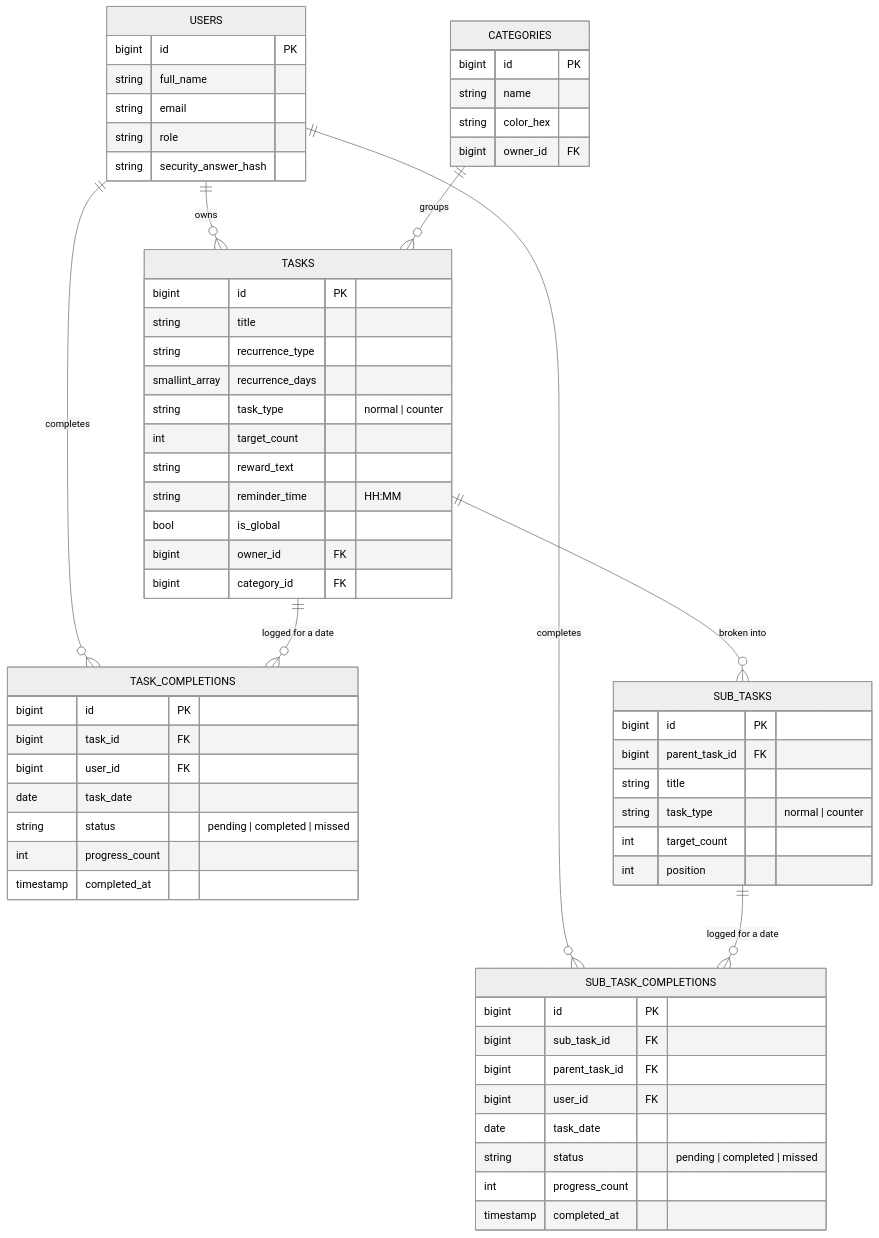
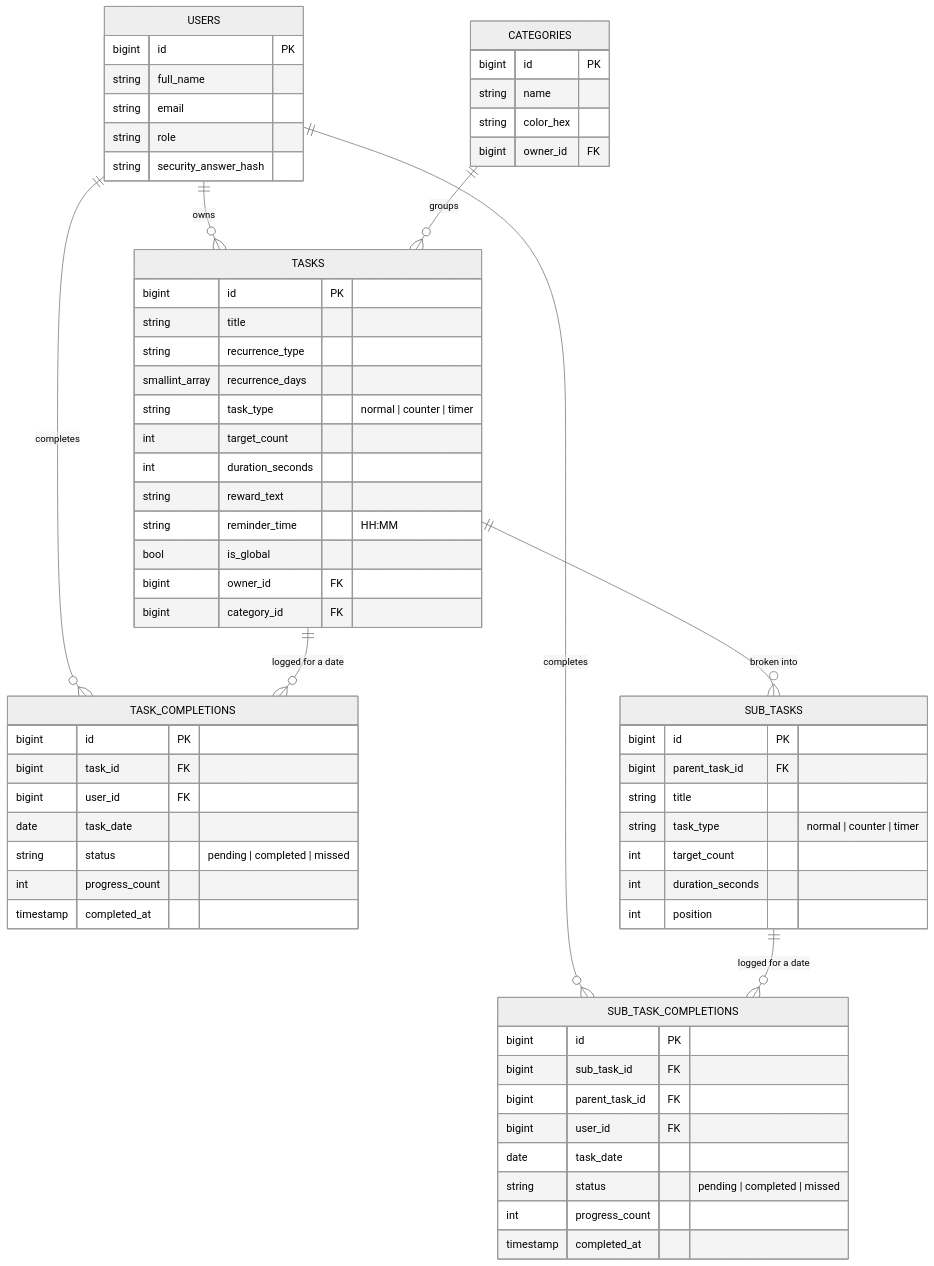
One commit to Farhan0140/_Soul_Shield changed the second of 2 diagrams in README.md. Above: the diagram before and after it, drawn with Mermaid (neutral theme). The commit also changed other lines of this file and 9 other files, not shown here.

Commit message:
feat(timer): enhance task tracking with timer tasks and manual completion feature

````diff
--- a/README.md
+++ b/README.md
@@ -157,64 +160,66 @@
 ```mermaid
 erDiagram
     USERS ||--o{ TASKS : owns
     USERS ||--o{ TASK_COMPLETIONS : completes
     USERS ||--o{ SUB_TASK_COMPLETIONS : completes
     CATEGORIES ||--o{ TASKS : groups
     TASKS ||--o{ TASK_COMPLETIONS : "logged for a date"
     TASKS ||--o{ SUB_TASKS : "broken into"
     SUB_TASKS ||--o{ SUB_TASK_COMPLETIONS : "logged for a date"
 
     USERS {
         bigint id PK
         string full_name
         string email
         string role
         string security_answer_hash
     }
     CATEGORIES {
         bigint id PK
         string name
         string color_hex
         bigint owner_id FK
     }
     TASKS {
         bigint id PK
         string title
         string recurrence_type
         smallint_array recurrence_days
-        string task_type "normal | counter"
+        string task_type "normal | counter | timer"
         int target_count
+        int duration_seconds
         string reward_text
         string reminder_time "HH:MM"
         bool is_global
         bigint owner_id FK
         bigint category_id FK
     }
     TASK_COMPLETIONS {
         bigint id PK
         bigint task_id FK
         bigint user_id FK
         date task_date
         string status "pending | completed | missed"
         int progress_count
         timestamp completed_at
     }
     SUB_TASKS {
         bigint id PK
         bigint parent_task_id FK
         string title
-        string task_type "normal | counter"
+        string task_type "normal | counter | timer"
         int target_count
+        int duration_seconds
         int position
     }
     SUB_TASK_COMPLETIONS {
         bigint id PK
         bigint sub_task_id FK
         bigint parent_task_id FK
         bigint user_id FK
         date task_date
         string status "pending | completed | missed"
         int progress_count
         timestamp completed_at
     }
 ```
````
